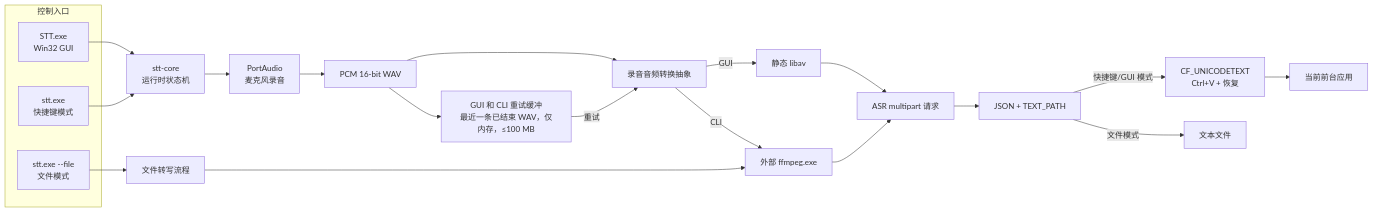
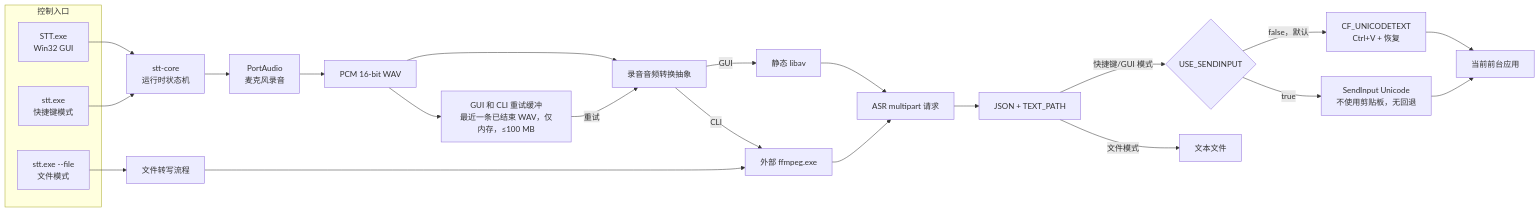
One commit to Joey-Kot/STT-for-Windows changed the first of 3 diagrams in README_ZH.md. Above: the diagram before and after it, drawn with Mermaid. The commit also changed other lines of this file and 12 other files, not shown here.

First line of the commit message:
feat: 新增可选的 SendInput 文本输入通道

````diff
--- a/README_ZH.md
+++ b/README_ZH.md
@@ -65,30 +65,33 @@
 ```mermaid
 flowchart LR
     subgraph Entry["控制入口"]
         GUI["STT.exe<br/>Win32 GUI"]
         CLI["stt.exe<br/>快捷键模式"]
         FileMode["stt.exe --file<br/>文件模式"]
     end
 
     GUI --> Runtime["stt-core<br/>运行时状态机"]
     CLI --> Runtime
     FileMode --> FilePipeline["文件转写流程"]
 
     Runtime --> Recorder["PortAudio<br/>麦克风录音"]
     Recorder --> WAV["PCM 16-bit WAV"]
 
     WAV --> Convert["录音音频转换抽象"]
     WAV --> RetryBuffer["GUI 和 CLI 重试缓冲<br/>最近一条已结束 WAV，仅内存，≤100 MB"]
     RetryBuffer -->|重试| Convert
     Convert -->|GUI| LibAv["静态 libav"]
     Convert -->|CLI| FFmpeg["外部 ffmpeg.exe"]
     FilePipeline --> FFmpeg
 
     LibAv --> Request["ASR multipart 请求"]
     FFmpeg --> Request
     Request --> Extract["JSON + TEXT_PATH"]
 
-    Extract -->|快捷键/GUI 模式| Clipboard["CF_UNICODETEXT<br/>Ctrl+V + 恢复"]
+    Extract -->|快捷键/GUI 模式| Channel{USE_SENDINPUT}
+    Channel -->|false，默认| Clipboard["CF_UNICODETEXT<br/>Ctrl+V + 恢复"]
+    Channel -->|true| Unicode["SendInput Unicode<br/>不使用剪贴板，无回退"]
     Clipboard --> App["当前前台应用"]
+    Unicode --> App
     Extract -->|文件模式| TextFile["文本文件"]
 ```
````
